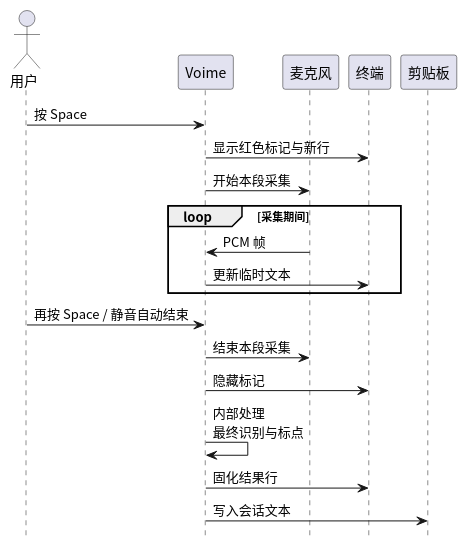
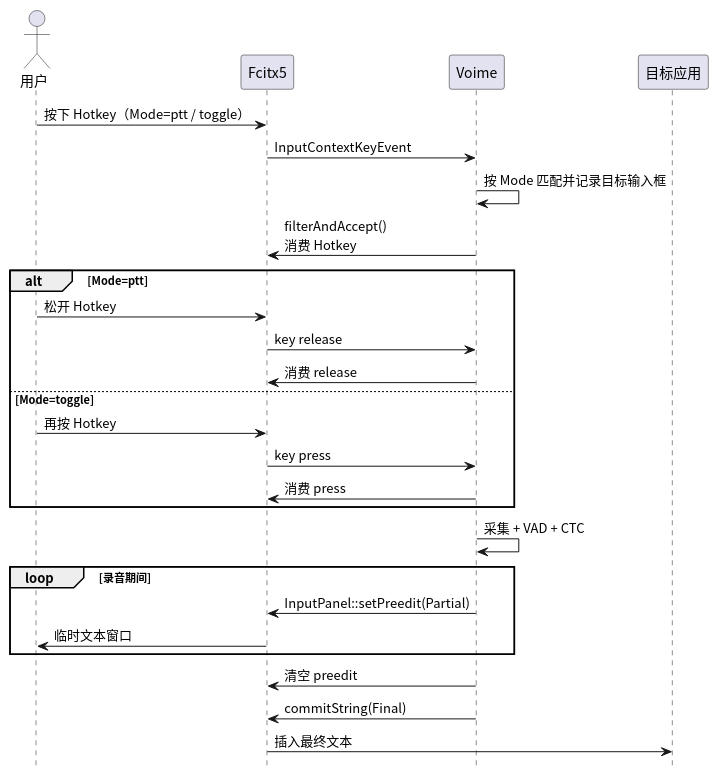
The diagram in diagram/seq-ptt.puml (54m43lJ/voime), drawn with PlantUML before and after one commit. The commit also changed 24 other files, not shown here.

Commit message:
docs: 按提案落笔 Fcitx5 输入法与 CTC 文档

```diff
--- a/diagram/seq-ptt.puml
+++ b/diagram/seq-ptt.puml
@@ -1,25 +1,35 @@
 @startuml
 skinparam defaultFontName "Noto Sans CJK SC"
 skinparam shadowing false
 hide footbox
 
 actor "用户" as User
-participant "Voime" as App
-participant "麦克风" as Mic
-participant "终端" as Term
-participant "剪贴板" as Clip
+participant "Fcitx5" as Fcitx
+participant "Voime" as Voime
+participant "目标应用" as App
 
-User -> App : 按 Space
-App -> Term : 显示红色标记与新行
-App -> Mic : 开始本段采集
-loop 采集期间
-  Mic -> App : PCM 帧
-  App -> Term : 更新临时文本
+User -> Fcitx : 按下 Hotkey（Mode=ptt / toggle）
+Fcitx -> Voime : InputContextKeyEvent
+Voime -> Voime : 按 Mode 匹配并记录目标输入框
+Voime -> Fcitx : filterAndAccept()\n消费 Hotkey
+
+alt Mode=ptt
+  User -> Fcitx : 松开 Hotkey
+  Fcitx -> Voime : key release
+  Voime -> Fcitx : 消费 release
+else Mode=toggle
+  User -> Fcitx : 再按 Hotkey
+  Fcitx -> Voime : key press
+  Voime -> Fcitx : 消费 press
 end
-User -> App : 再按 Space / 静音自动结束
-App -> Mic : 结束本段采集
-App -> Term : 隐藏标记
-App -> App : 内部处理\n最终识别与标点
-App -> Term : 固化结果行
-App -> Clip : 写入会话文本
+
+Voime -> Voime : 采集 + VAD + CTC
+loop 录音期间
+  Voime -> Fcitx : InputPanel::setPreedit(Partial)
+  Fcitx -> User : 临时文本窗口
+end
+
+Voime -> Fcitx : 清空 preedit
+Voime -> Fcitx : commitString(Final)
+Fcitx -> App : 插入最终文本
 @enduml
```
